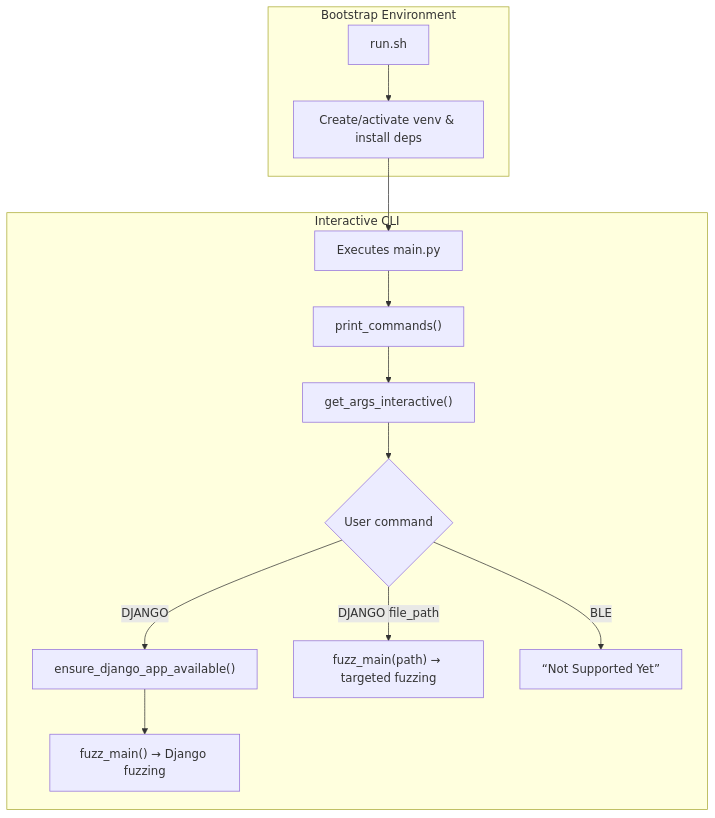
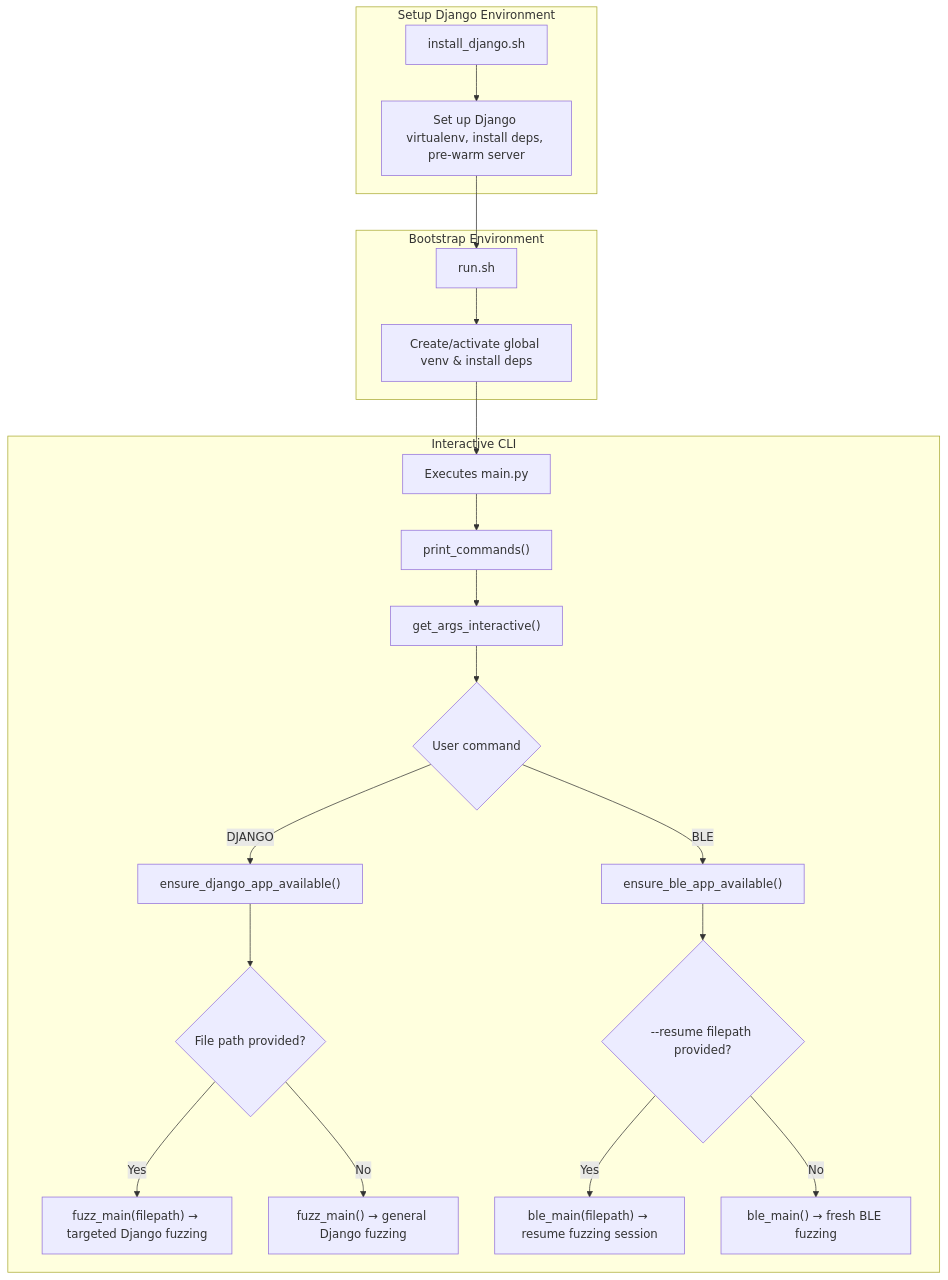
The diagram in README.md (mrmrjing/SoftwareTestingProject), drawn with Mermaid before and after one commit. The commit also changed 1 other file, not shown here.

Commit message:
Updated Windows install scrpt

````diff
--- a/README.md
+++ b/README.md
@@ -33,16 +32,29 @@
 ```mermaid
 flowchart TD
+    subgraph Setup Django Environment
+      AA[install_django.sh] --> AB[Set up Django virtualenv, install deps, pre-warm server]
+    end
+
     subgraph Bootstrap Environment
-      A[run.sh] --> B[Create/activate venv & install deps]
+      A[run.sh] --> B[Create/activate global venv & install deps]
     end
+
+    AB --> A
     B --> C[Executes main.py]
+
     subgraph Interactive CLI
       C --> D["print_commands()"]
       D --> E["get_args_interactive()"]
       E --> F{User command}
+      
       F -->|DJANGO| G["ensure_django_app_available()"]
-      G --> H["fuzz_main()" → Django fuzzing]
-      F -->|DJANGO file_path| I["fuzz_main(path)" → targeted fuzzing]
-      F -->|BLE| J[“Not Supported Yet”]
+      G --> H{File path provided?}
+      H -->|Yes| I["fuzz_main(filepath) → targeted Django fuzzing"]
+      H -->|No| J["fuzz_main() → general Django fuzzing"]
+
+      F -->|BLE| K["ensure_ble_app_available()"]
+      K --> L{--resume filepath provided?}
+      L -->|Yes| M["ble_main(filepath) → resume fuzzing session"]
+      L -->|No| N["ble_main() → fresh BLE fuzzing"]
     end
 ```
````
